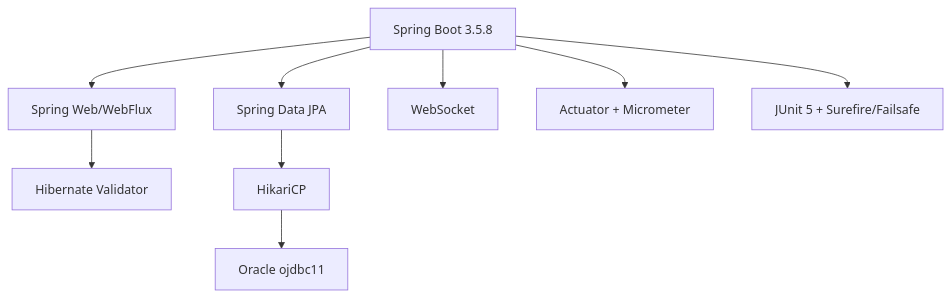
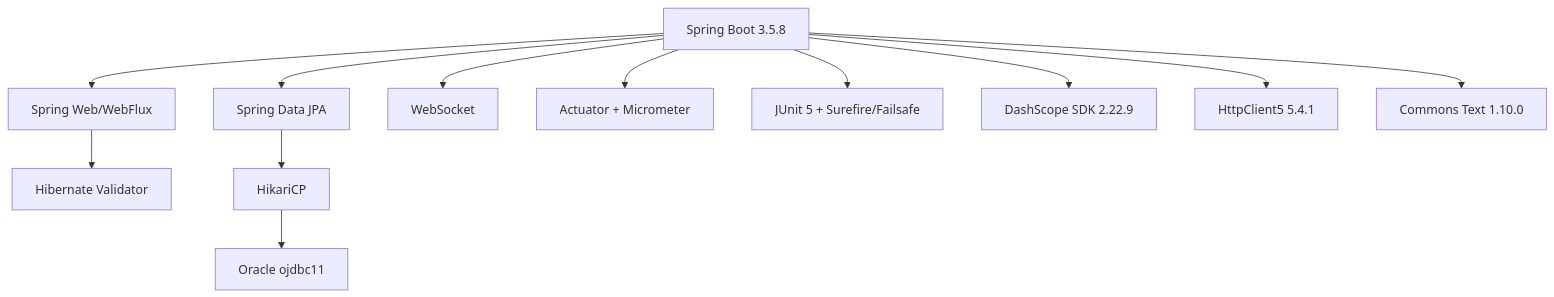
One commit to liuzh2008/med_ai_assistant_workspace changed the seventh of 7 diagrams in .qoder/repowiki/zh/content/项目概述.md. Above: the diagram before and after it, drawn with Mermaid. The commit also changed other lines of this file and 2 other files, not shown here.

````diff
--- a/.qoder/repowiki/zh/content/项目概述.md
+++ b/.qoder/repowiki/zh/content/项目概述.md
@@ -250,11 +320,14 @@
 ```mermaid
 graph TB
 SB["Spring Boot 3.5.8"] --> JPA["Spring Data JPA"]
 SB --> WEB["Spring Web/WebFlux"]
 SB --> WS["WebSocket"]
 SB --> ACT["Actuator + Micrometer"]
 WEB --> VALID["Hibernate Validator"]
 JPA --> HIK["HikariCP"]
 HIK --> ORA["Oracle ojdbc11"]
 SB --> TEST["JUnit 5 + Surefire/Failsafe"]
+SB --> DASH["DashScope SDK 2.22.9"]
+SB --> HC["HttpClient5 5.4.1"]
+SB --> CT["Commons Text 1.10.0"]
 ```
````
